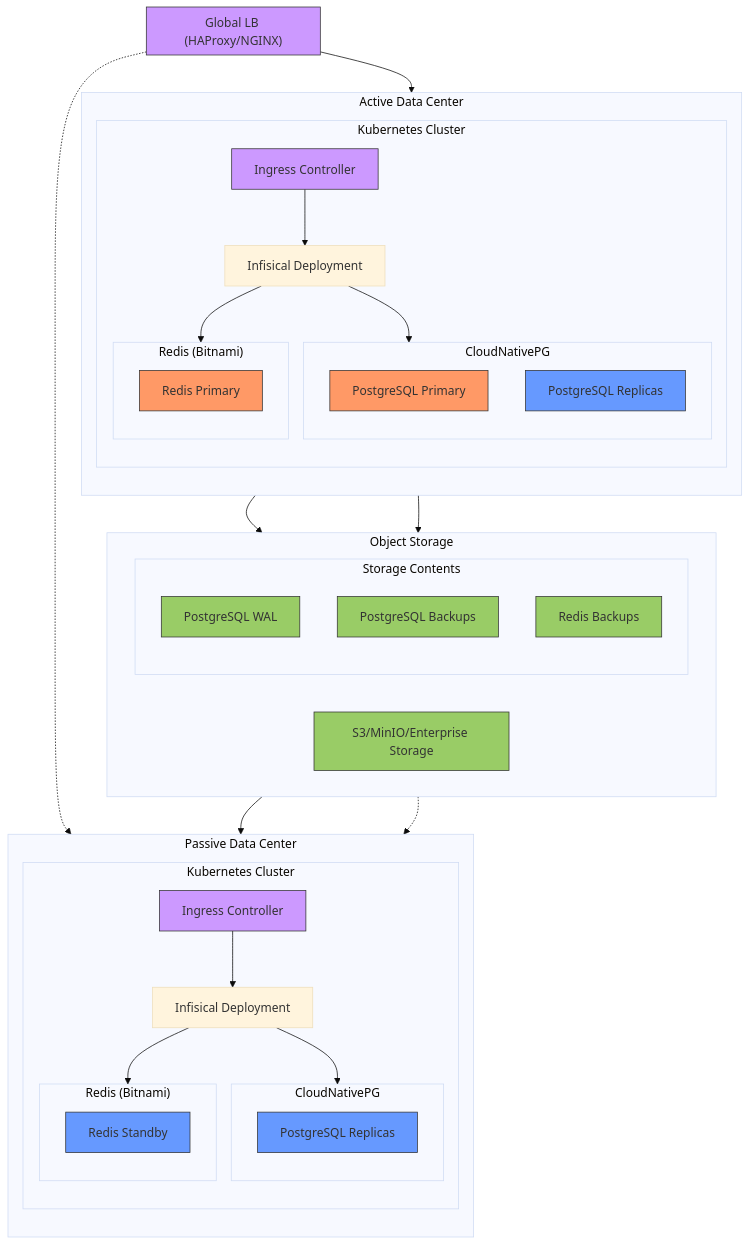
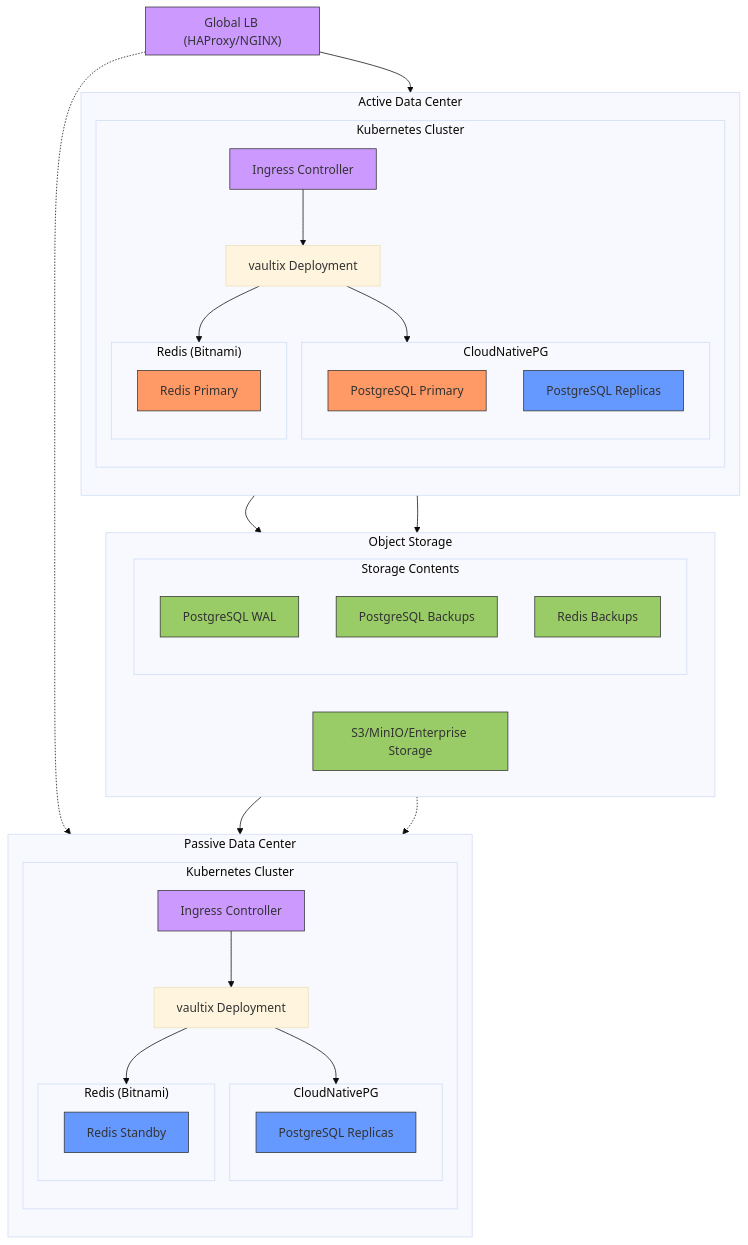
One commit to shippinAI/vaultix changed the diagram in core/docs/self-hosting/reference-architectures/on-prem-k8s-ha.mdx. Above: the diagram before and after it, drawn with Mermaid (base theme). The commit also changed other lines of this file and 1202 other files, not shown here.

````diff
--- a/core/docs/self-hosting/reference-architectures/on-prem-k8s-ha.mdx
+++ b/core/docs/self-hosting/reference-architectures/on-prem-k8s-ha.mdx
@@ -11,79 +11,79 @@
 ```mermaid
 flowchart TB
     subgraph GLB["Global LB (HAProxy/NGINX)"]
     end
 
     subgraph OS["Object Storage"]
         direction LR
         store["S3/MinIO/Enterprise Storage"]
         subgraph store_contents["Storage Contents"]
             wal["PostgreSQL WAL"]
             pgbackup["PostgreSQL Backups"]
             redisbackup["Redis Backups"]
         end
     end
 
     subgraph DC1["Active Data Center"]
         direction TB
         subgraph k8s1["Kubernetes Cluster"]
             ing1["Ingress Controller"]
-            app1["Infisical Deployment"]
+            app1["vaultix Deployment"]
             
             subgraph db1["CloudNativePG"]
                 pg1p["PostgreSQL Primary"]
                 pg1r["PostgreSQL Replicas"]
             end
             
             subgraph red1["Redis (Bitnami)"]
                 rp1["Redis Primary"]
             end
         end
     end
 
     subgraph DC2["Passive Data Center"]
         direction TB
         subgraph k8s2["Kubernetes Cluster"]
             ing2["Ingress Controller"]
-            app2["Infisical Deployment"]
+            app2["vaultix Deployment"]
             
             subgraph db2["CloudNativePG"]
                 pg2["PostgreSQL Replicas"]
             end
             
             subgraph red2["Redis (Bitnami)"]
                 r2["Redis Standby"]
             end
         end
     end
 
     %% Connections
     GLB --> ing1
     GLB -.-> ing2
     
     %% Database connections
     pg1p --> store
     store --> pg2
     
     %% Redis backup flow
     rp1 --> store
     store -.-> r2
     
     %% Intra-DC connections
     ing1 --> app1
     app1 --> db1
     app1 --> red1
     
     ing2 --> app2
     app2 --> db2
     app2 --> red2
 
     classDef primary fill:#f96,stroke:#333
     classDef replica fill:#69f,stroke:#333
     classDef storage fill:#9c6,stroke:#333
     classDef lb fill:#c9f,stroke:#333
     
     class pg1p,rp1 primary
     class pg1r,pg2,r2 replica
     class store,wal,pgbackup,redisbackup storage
     class GLB,ing1,ing2 lb
 ```
````
